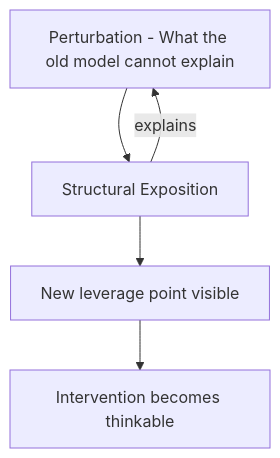
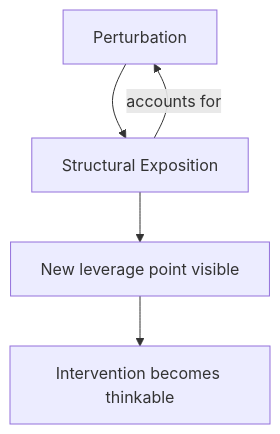
Before and after one commit to kurtrowley/isrd-site: the second of 3 diagrams in src/articles/learner_first_systemic_learning.md, drawn with Mermaid. The commit also changed other lines of this file, not shown here.

Commit message:
Fix all 3 Mermaid diagrams in LFSE article: shorter labels, TD layout, max 6 nodes

````diff
--- a/src/articles/learner_first_systemic_learning.md
+++ b/src/articles/learner_first_systemic_learning.md
@@ -72,7 +71,7 @@
 ```mermaid
 graph TD
-  P2[Perturbation - What the old model cannot explain] --> SE[Structural Exposition]
-  SE -->|explains| P2
+  P2[Perturbation] --> SE[Structural Exposition]
+  SE -->|accounts for| P2
   SE --> NL[New leverage point visible]
   NL --> INT[Intervention becomes thinkable]
 ```
````
